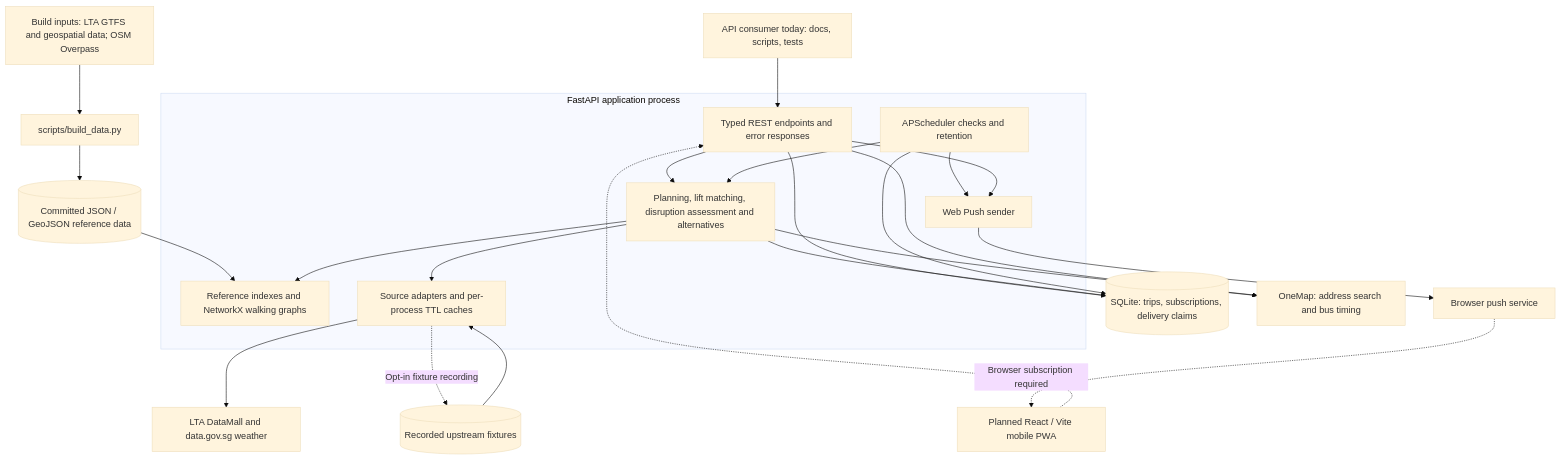
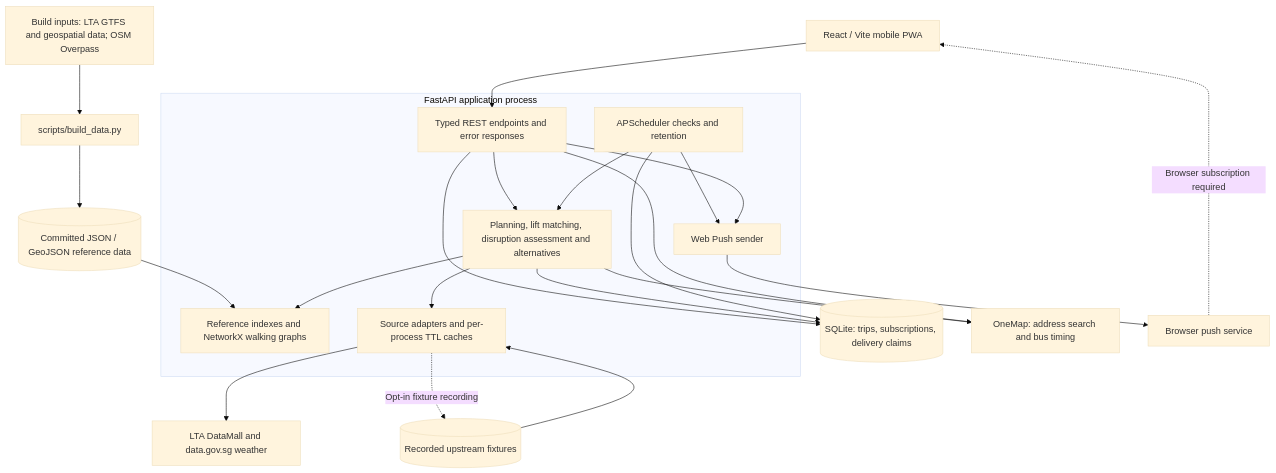
One commit to Jiackary/nebulax_lta changed the first of 2 diagrams in PS2/PS2_ARCHITECTURE.md. Above: the diagram before and after it, drawn with Mermaid (base theme). The commit also changed other lines of this file and 5 other files, not shown here.

````diff
--- a/PS2/PS2_ARCHITECTURE.md
+++ b/PS2/PS2_ARCHITECTURE.md
@@ -17,40 +19,38 @@
 ```mermaid
 flowchart TB
     BuildSources["Build inputs: LTA GTFS and geospatial data; OSM Overpass"]
     Build["scripts/build_data.py"]
     Derived[("Committed JSON / GeoJSON reference data")]
-    Client["API consumer today: docs, scripts, tests"]
-    Future["Planned React / Vite mobile PWA"]
+    Client["React / Vite mobile PWA"]
     subgraph Backend["FastAPI application process"]
         API["Typed REST endpoints and error responses"]
         Services["Planning, lift matching, disruption assessment and alternatives"]
         Memory["Reference indexes and NetworkX walking graphs"]
         Cache["Source adapters and per-process TTL caches"]
         Jobs["APScheduler checks and retention"]
         Push["Web Push sender"]
     end
     DB[("SQLite: trips, subscriptions, delivery claims")]
     Fixtures[("Recorded upstream fixtures")]
     Feeds["LTA DataMall and data.gov.sg weather"]
     OneMap["OneMap: address search and bus timing"]
     PushProvider["Browser push service"]
     BuildSources --> Build --> Derived --> Memory
     Client --> API
-    Future -.-> API
     API --> Services
     API --> DB
     Services --> Memory
     Services --> Cache
     Cache --> Feeds
     Fixtures --> Cache
     Cache -. "Opt-in fixture recording" .-> Fixtures
     Services --> OneMap
     API --> OneMap
     Services --> DB
     Jobs --> DB
     Jobs --> Services
     Jobs --> Push
     API --> Push
     Push --> PushProvider
-    PushProvider -. "Browser subscription required" .-> Future
+    PushProvider -. "Browser subscription required" .-> Client
 ```
````
